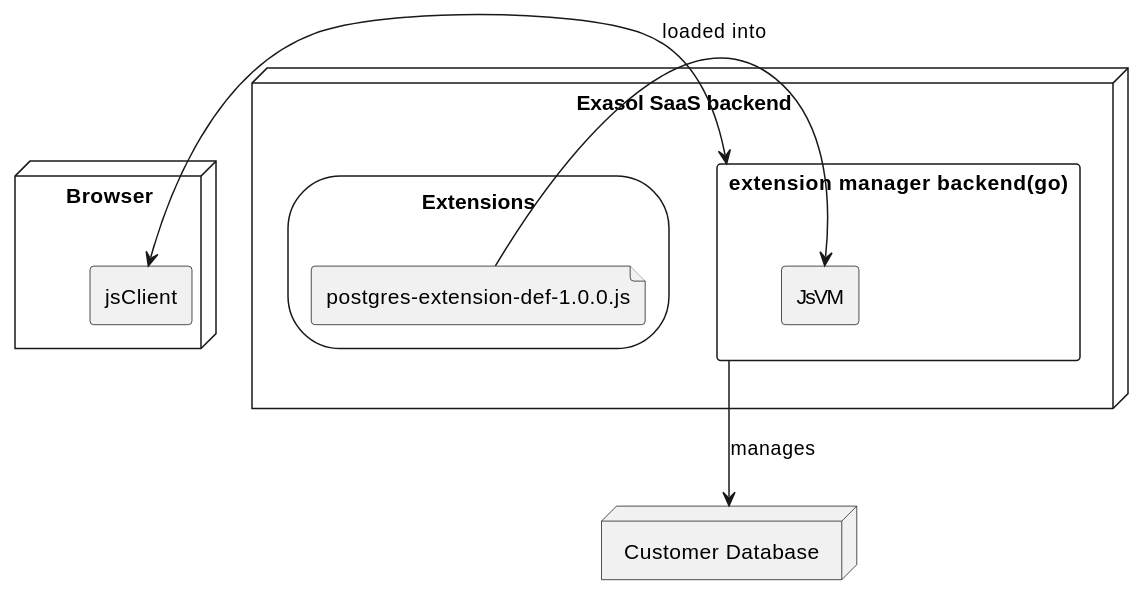
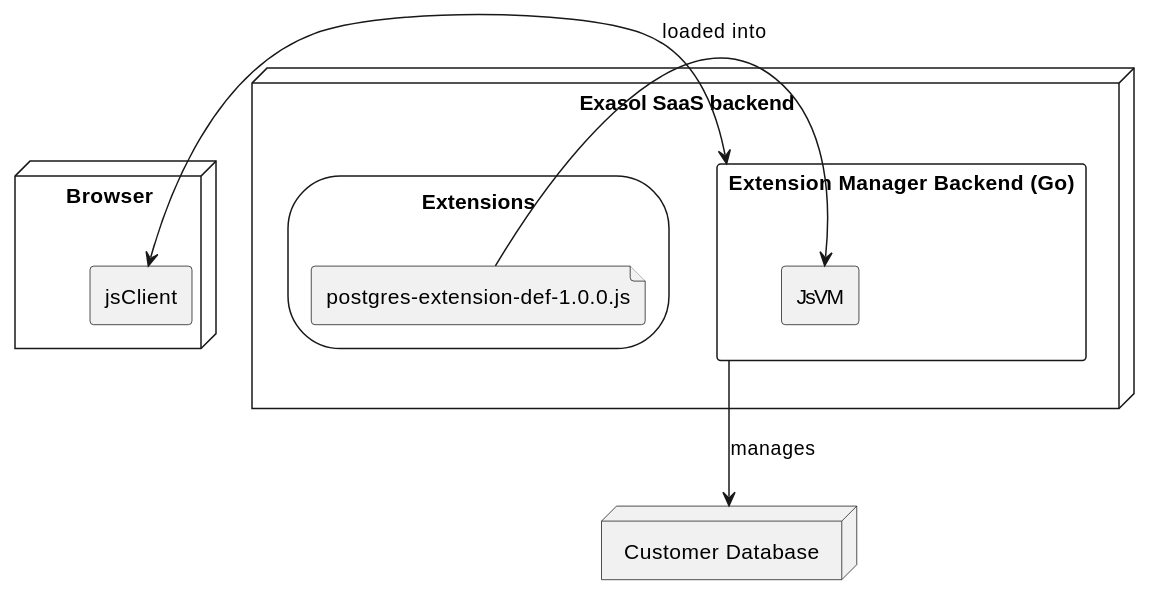
Before and after one commit to exasol/extension-manager: the first of 9 diagrams in doc/design/design.md, drawn with PlantUML. The commit also changed other lines of this file, not shown here.

````diff
--- a/doc/design/design.md
+++ b/doc/design/design.md
@@ -14,26 +13,24 @@
 ```plantuml
 @startuml
-node "Exasol SaaS backend"{
-rectangle backend as "extension manager backend(go)"{
-rectangle JsVM
+node "Exasol SaaS backend" {
+  rectangle backend as "Extension Manager Backend (Go)" {
+  rectangle JsVM
 }
-storage Extensions{
-file installer as "postgres-extension-def-1.0.0.js"
-}
+  storage Extensions {
+    file installer as "postgres-extension-def-1.0.0.js"
+  }
 }
 
-node customerCluster as "Customer Database"{
-
+node customerCluster as "Customer Database" {
 }
 
-node Browser{
-rectangle jsClient{
-
+node Browser {
+rectangle jsClient {
     }
 }
 
 jsClient <-> backend
 JsVM <- installer: loaded into
 backend --> customerCluster: manages
 @enduml
 ```
````
